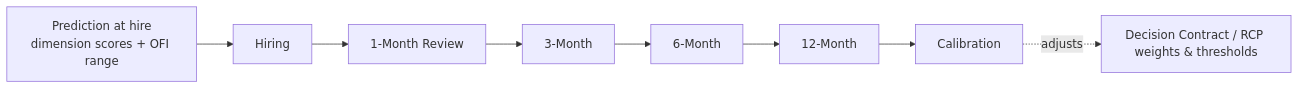
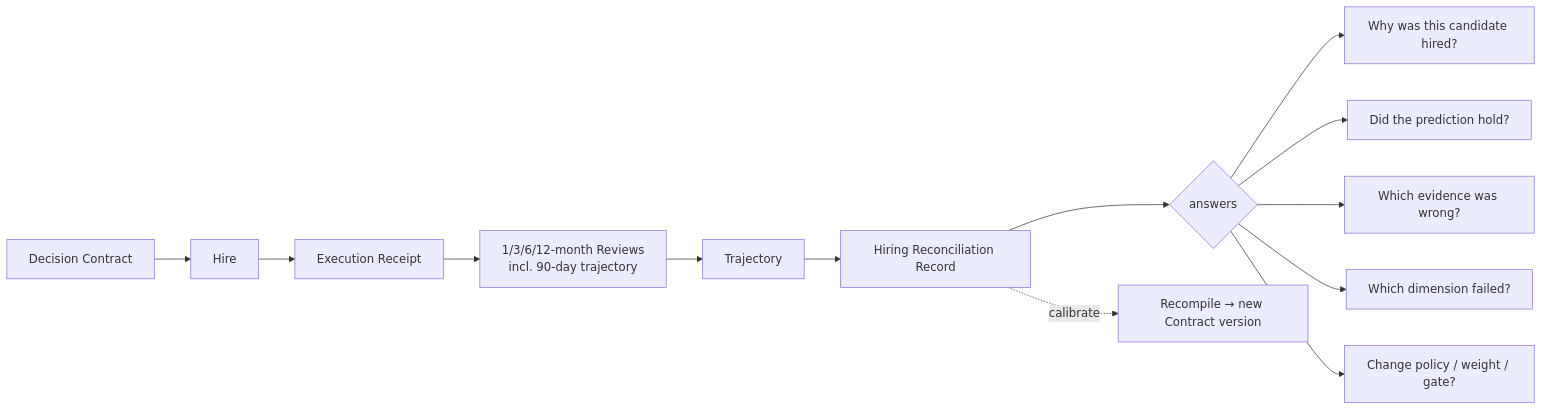
The fourth of 8 diagrams in ai_hiring/docs/HIRING_DECISION_AUTHORITY_DESIGN_SPEC.md (rasaha/symbolu), drawn with Mermaid before and after one commit. The commit also changed other lines of this file and 11 other files, not shown here.

````diff
--- a/ai_hiring/docs/HIRING_DECISION_AUTHORITY_DESIGN_SPEC.md
+++ b/ai_hiring/docs/HIRING_DECISION_AUTHORITY_DESIGN_SPEC.md
@@ -465,7 +449,15 @@
 ```mermaid
 flowchart LR
-    P[Prediction at hire<br/>dimension scores + OFI range] --> H[Hiring]
-    H --> R1[1-Month Review] --> R3[3-Month] --> R6[6-Month] --> R12[12-Month]
-    R12 --> C[Calibration]
-    C -. adjusts .-> HDC[Decision Contract / RCP weights & thresholds]
+    HDC[Decision Contract] --> HIRE[Hire]
+    HIRE --> RCPT[Execution Receipt]
+    RCPT --> R90[1/3/6/12-month Reviews<br/>incl. 90-day trajectory]
+    R90 --> TRJ[Trajectory]
+    TRJ --> RCN[Hiring Reconciliation Record]
+    RCN --> Q{answers}
+    Q --> q1[Why was this candidate hired?]
+    Q --> q2[Did the prediction hold?]
+    Q --> q3[Which evidence was wrong?]
+    Q --> q4[Which dimension failed?]
+    Q --> q5[Change policy / weight / gate?]
+    RCN -. calibrate .-> PWC[Recompile → new Contract version]
 ```
````
